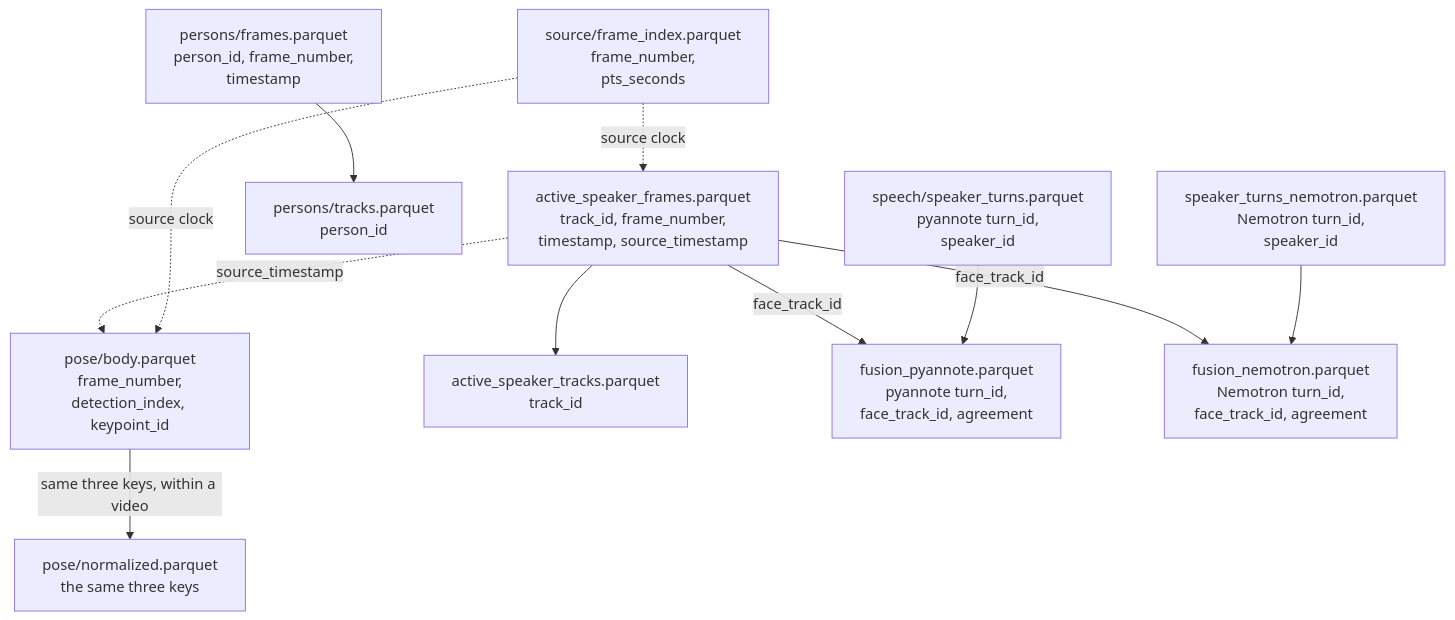
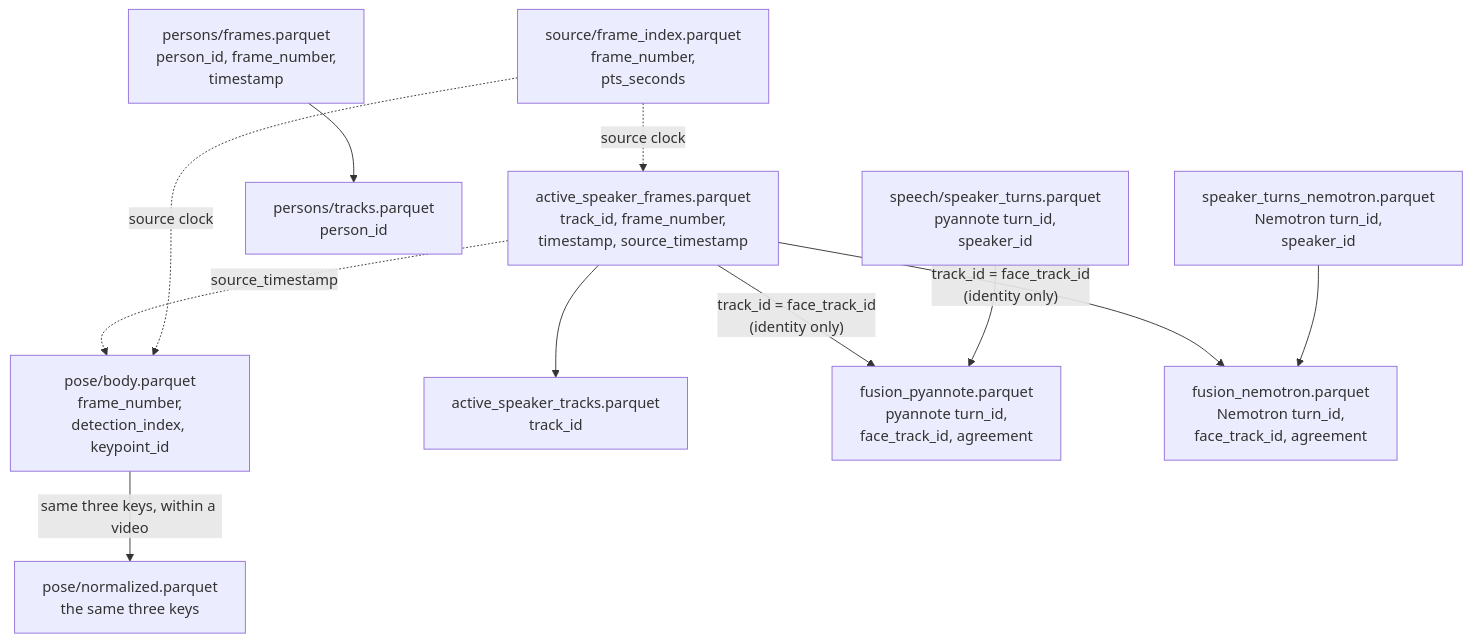
The second of 2 diagrams in docs/datasets.md (RaulKite/storytell-pipeline), drawn with Mermaid before and after one commit. The commit also changed other lines of this file and 3 other files, not shown here.

````diff
--- a/docs/datasets.md
+++ b/docs/datasets.md
@@ -123,22 +123,22 @@
 ```mermaid
 flowchart TB
     fi["source/frame_index.parquet<br/>frame_number,<br/>pts_seconds"]
     body["pose/body.parquet<br/>frame_number,<br/>detection_index, keypoint_id"]
     norm["pose/normalized.parquet<br/>the same three keys"]
     asd["active_speaker_frames.parquet<br/>track_id, frame_number,<br/>timestamp, source_timestamp"]
     asdt["active_speaker_tracks.parquet<br/>track_id"]
     pf["persons/frames.parquet<br/>person_id, frame_number,<br/>timestamp"]
     pt["persons/tracks.parquet<br/>person_id"]
     fusP["fusion_pyannote.parquet<br/>pyannote turn_id,<br/>face_track_id, agreement"]
     fusN["fusion_nemotron.parquet<br/>Nemotron turn_id,<br/>face_track_id, agreement"]
     tr["speech/speaker_turns.parquet<br/>pyannote turn_id,<br/>speaker_id"]
     trn["speaker_turns_nemotron.parquet<br/>Nemotron turn_id,<br/>speaker_id"]
     body -- "same three keys, within a video" --> norm
     asd --> asdt
     pf --> pt
     tr --> fusP
     trn --> fusN
-    asd -- "face_track_id" --> fusP & fusN
+    asd -- "track_id = face_track_id<br/>(identity only)" --> fusP & fusN
     fi -. "source clock" .-> body & asd
     asd -. "source_timestamp" .-> body
 ```
````
